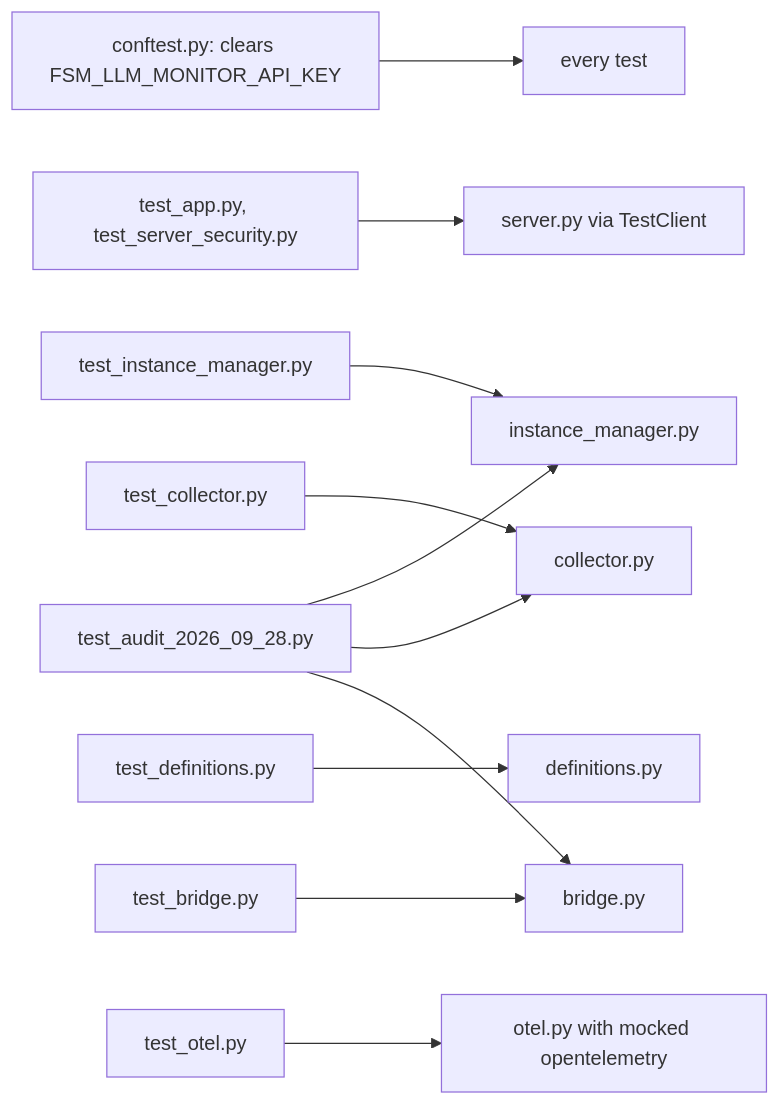
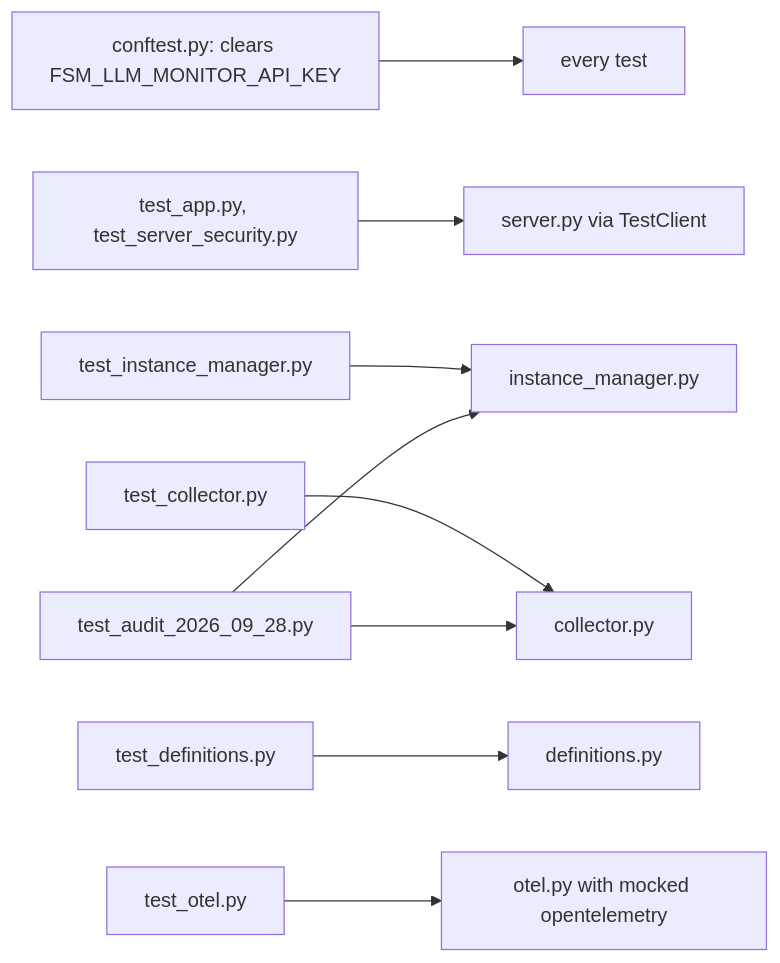
Before and after one commit to NikolasMarkou/fsm_llm: the diagram in tests/test_fsm_llm_monitor/README.md, drawn with Mermaid. The commit also changed other lines of this file and 29 other files, not shown here.

````diff
--- a/tests/test_fsm_llm_monitor/README.md
+++ b/tests/test_fsm_llm_monitor/README.md
@@ -13,13 +13,11 @@
 ```mermaid
 flowchart LR
     conftest[conftest.py: clears FSM_LLM_MONITOR_API_KEY] --> all[every test]
     app[test_app.py, test_server_security.py] --> server[server.py via TestClient]
     im[test_instance_manager.py] --> manager[instance_manager.py]
     col[test_collector.py] --> collector[collector.py]
     defs[test_definitions.py] --> definitions[definitions.py]
-    br[test_bridge.py] --> bridge[bridge.py]
     ot[test_otel.py] --> otel[otel.py with mocked opentelemetry]
     audit[test_audit_2026_09_28.py] --> manager
     audit --> collector
-    audit --> bridge
 ```
````
